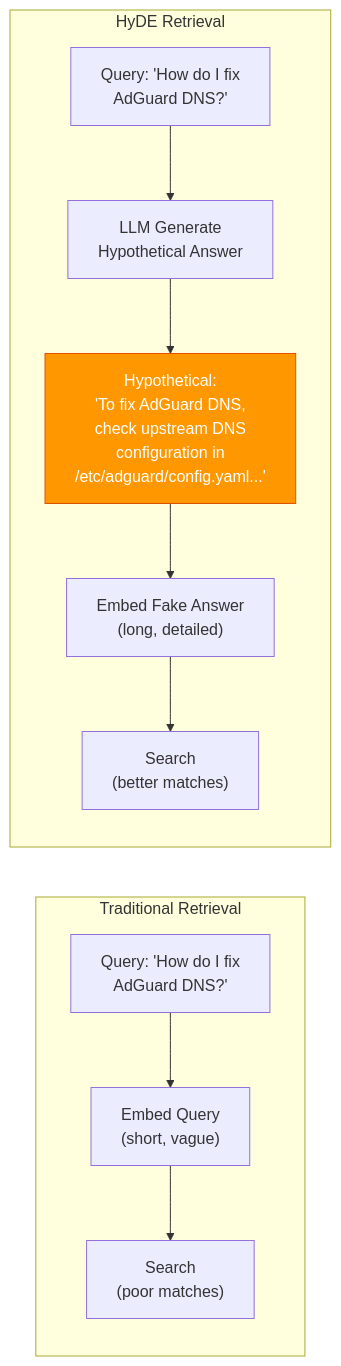
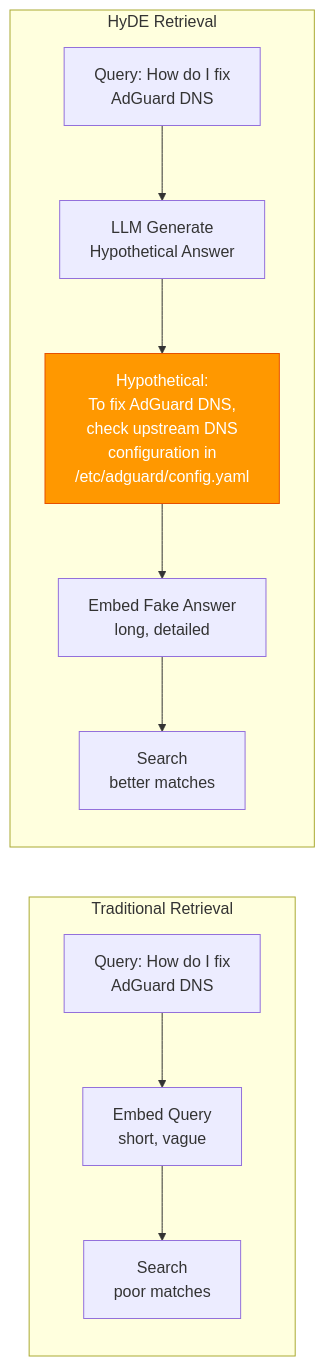
One commit to YiWang24/AiDIY changed the tenth of 23 diagrams in docs/ai/rag/04-retrieval.mdx. Above: the diagram before and after it, drawn with Mermaid. The commit also changed other lines of this file and 10 other files, not shown here.

First line of the commit message:
docs: enhance RAG documentation and fix Mermaid diagrams

````diff
--- a/docs/ai/rag/04-retrieval.mdx
+++ b/docs/ai/rag/04-retrieval.mdx
@@ -674,16 +674,16 @@
 ```mermaid
 flowchart LR
     subgraph Traditional["Traditional Retrieval"]
-        Q1["Query: 'How do I fix<br/>AdGuard DNS?'"] --> E1["Embed Query<br/>(short, vague)"]
-        E1 --> S1["Search<br/>(poor matches)"]
+        Q1["Query: How do I fix<br/>AdGuard DNS"] --> E1["Embed Query<br/>short, vague"]
+        E1 --> S1["Search<br/>poor matches"]
     end
 
     subgraph HyDE["HyDE Retrieval"]
-        Q2["Query: 'How do I fix<br/>AdGuard DNS?'"] --> G["LLM Generate<br/>Hypothetical Answer"]
-        G --> H["Hypothetical:<br/>'To fix AdGuard DNS,<br/>check upstream DNS<br/>configuration in<br/>/etc/adguard/config.yaml...'"]
-        H --> E2["Embed Fake Answer<br/>(long, detailed)"]
-        E2 --> S2["Search<br/>(better matches)"]
+        Q2["Query: How do I fix<br/>AdGuard DNS"] --> G["LLM Generate<br/>Hypothetical Answer"]
+        G --> H["Hypothetical:<br/>To fix AdGuard DNS,<br/>check upstream DNS<br/>configuration in<br/>/etc/adguard/config.yaml"]
+        H --> E2["Embed Fake Answer<br/>long, detailed"]
+        E2 --> S2["Search<br/>better matches"]
     end
 
     style H fill:#ff9800,stroke:#e65100,color:#fff
 ```
````
